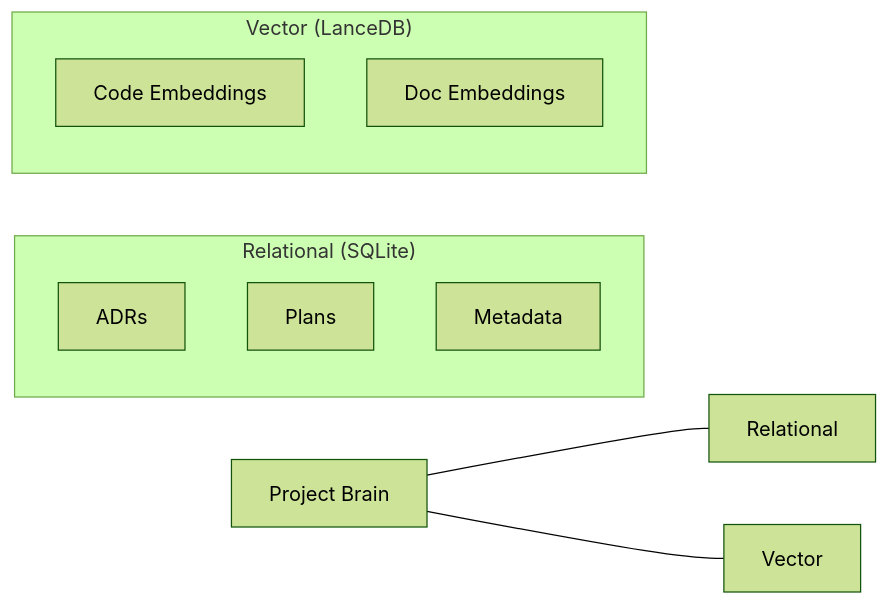
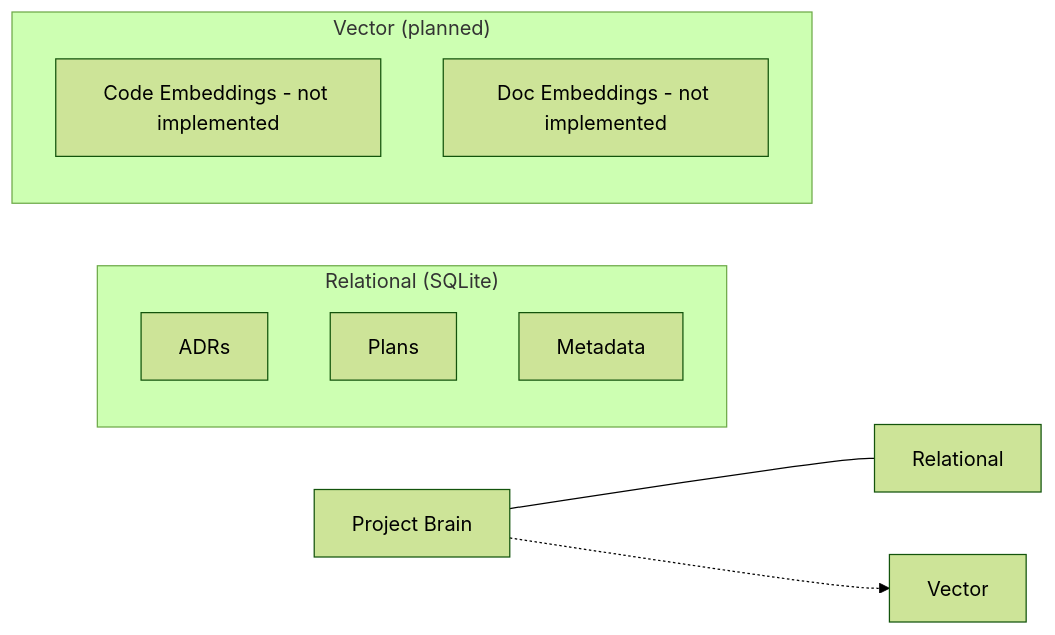
The first of 3 diagrams in ARCHITECTURE.md (Emerald-dev0/Blueprint), drawn with Mermaid (forest theme) before and after one commit. The commit also changed other lines of this file and 9 other files, not shown here.

````diff
--- a/ARCHITECTURE.md
+++ b/ARCHITECTURE.md
@@ -26,17 +28,17 @@
 ```mermaid
 graph LR
     subgraph "Relational (SQLite)"
         ADR[ADRs]
         Plan[Plans]
         Meta[Metadata]
     end
     
-    subgraph "Vector (LanceDB)"
-        Code[Code Embeddings]
-        Doc[Doc Embeddings]
+    subgraph "Vector (planned)"
+        Code[Code Embeddings - not implemented]
+        Doc[Doc Embeddings - not implemented]
     end
     
     Brain[Project Brain]
     Brain --- Relational
-    Brain --- Vector
+    Brain -.-> Vector
 ```
````
